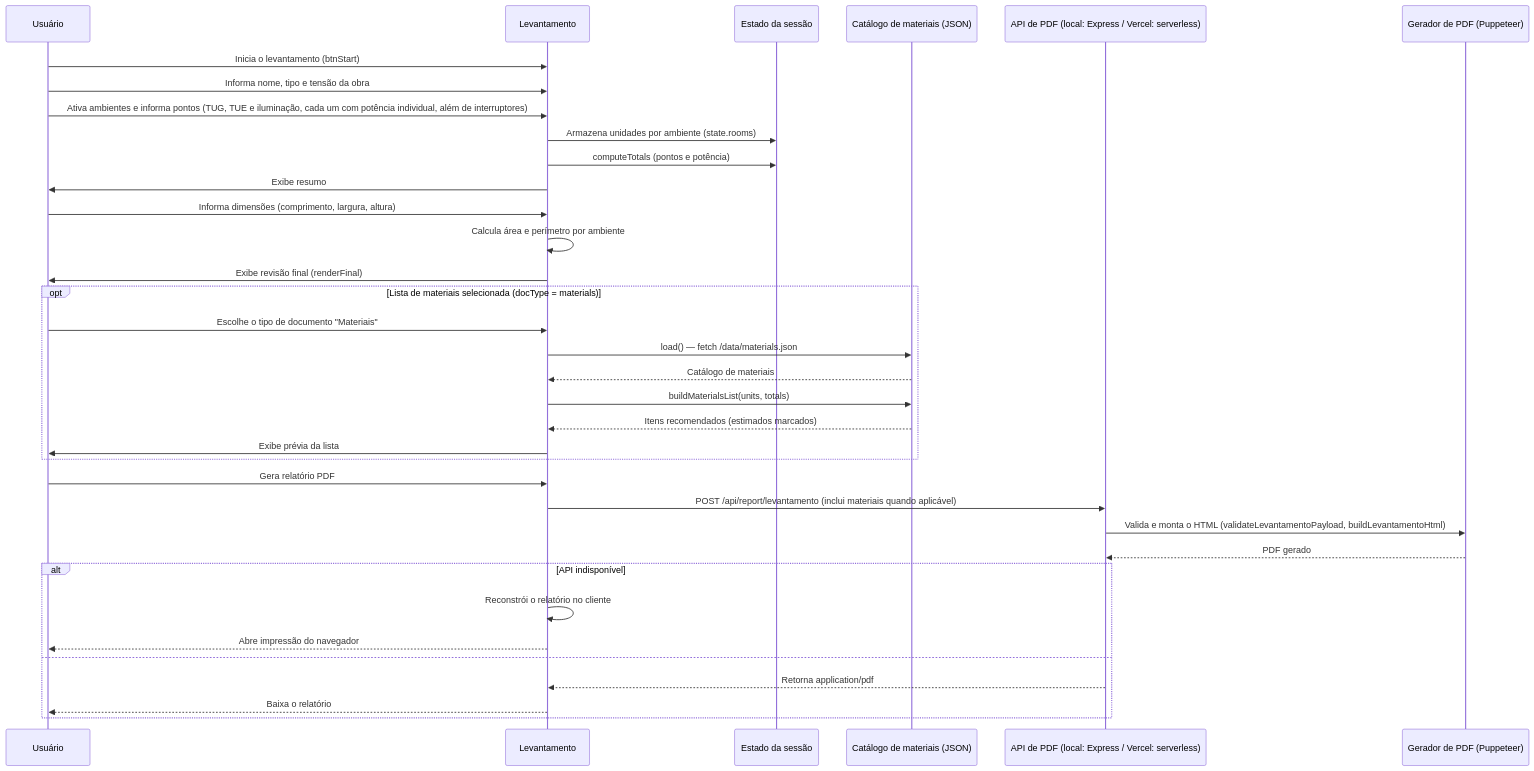
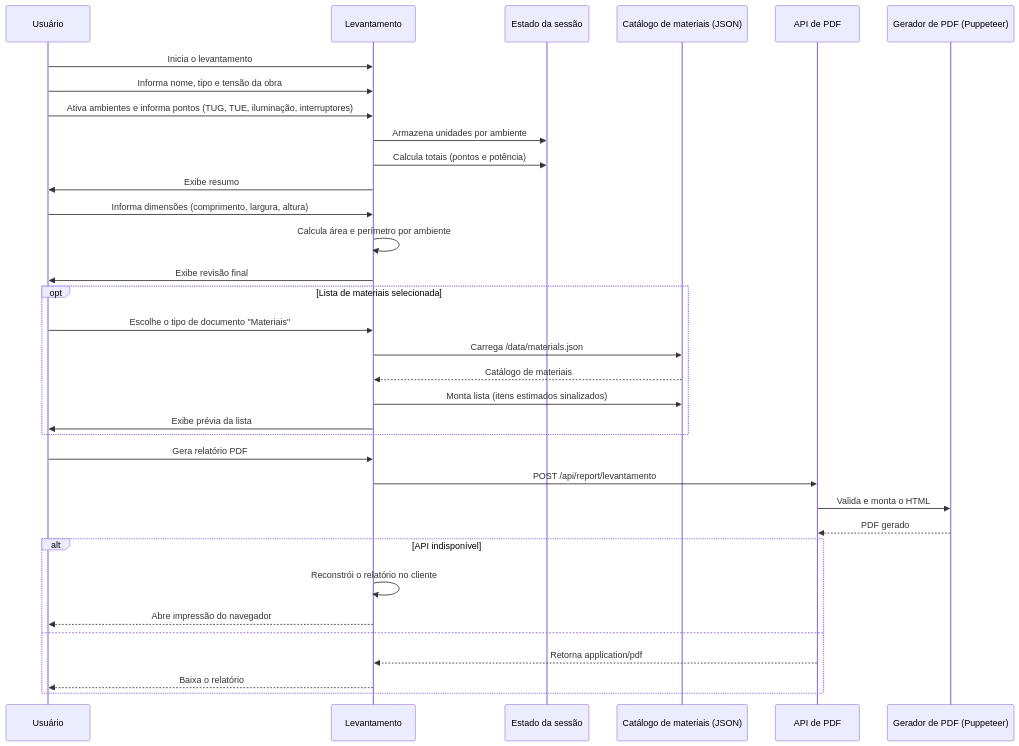
One commit to Y2kNat/DimenVolt-Studio changed the second of 3 diagrams in README.md. Above: the diagram before and after it, drawn with Mermaid. The commit also changed other lines of this file, not shown here.

````diff
--- a/README.md
+++ b/README.md
@@ -117,38 +146,37 @@
 ```mermaid
 sequenceDiagram
     participant U as Usuário
     participant UI as Levantamento
     participant E as Estado da sessão
     participant M as Catálogo de materiais (JSON)
-    participant S as API de PDF (local: Express / Vercel: serverless)
+    participant S as API de PDF
     participant P as Gerador de PDF (Puppeteer)
 
-    U->>UI: Inicia o levantamento (btnStart)
+    U->>UI: Inicia o levantamento
     U->>UI: Informa nome, tipo e tensão da obra
-    U->>UI: Ativa ambientes e informa pontos (TUG, TUE e iluminação, cada um com potência individual, além de interruptores)
-    UI->>E: Armazena unidades por ambiente (state.rooms)
-    UI->>E: computeTotals (pontos e potência)
+    U->>UI: Ativa ambientes e informa pontos (TUG, TUE, iluminação, interruptores)
+    UI->>E: Armazena unidades por ambiente
+    UI->>E: Calcula totais (pontos e potência)
     UI->>U: Exibe resumo
     U->>UI: Informa dimensões (comprimento, largura, altura)
     UI->>UI: Calcula área e perímetro por ambiente
-    UI->>U: Exibe revisão final (renderFinal)
-    opt Lista de materiais selecionada (docType = materials)
+    UI->>U: Exibe revisão final
+    opt Lista de materiais selecionada
         U->>UI: Escolhe o tipo de documento "Materiais"
-        UI->>M: load() — fetch /data/materials.json
+        UI->>M: Carrega /data/materials.json
         M-->>UI: Catálogo de materiais
-        UI->>M: buildMaterialsList(units, totals)
-        M-->>UI: Itens recomendados (estimados marcados)
+        UI->>M: Monta lista (itens estimados sinalizados)
         UI->>U: Exibe prévia da lista
     end
     U->>UI: Gera relatório PDF
-    UI->>S: POST /api/report/levantamento (inclui materiais quando aplicável)
-    S->>P: Valida e monta o HTML (validateLevantamentoPayload, buildLevantamentoHtml)
+    UI->>S: POST /api/report/levantamento
+    S->>P: Valida e monta o HTML
     P-->>S: PDF gerado
     alt API indisponível
         UI->>UI: Reconstrói o relatório no cliente
         UI-->>U: Abre impressão do navegador
     else
         S-->>UI: Retorna application/pdf
         UI-->>U: Baixa o relatório
     end
 ```
````
